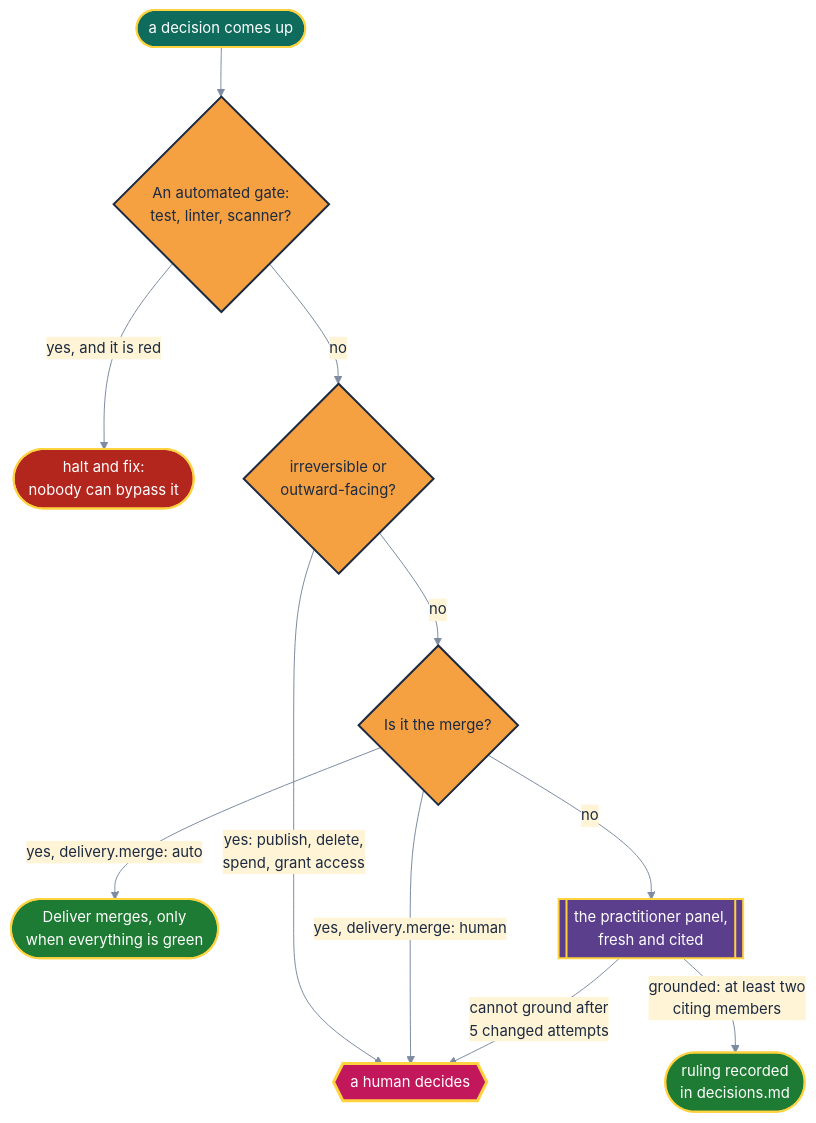
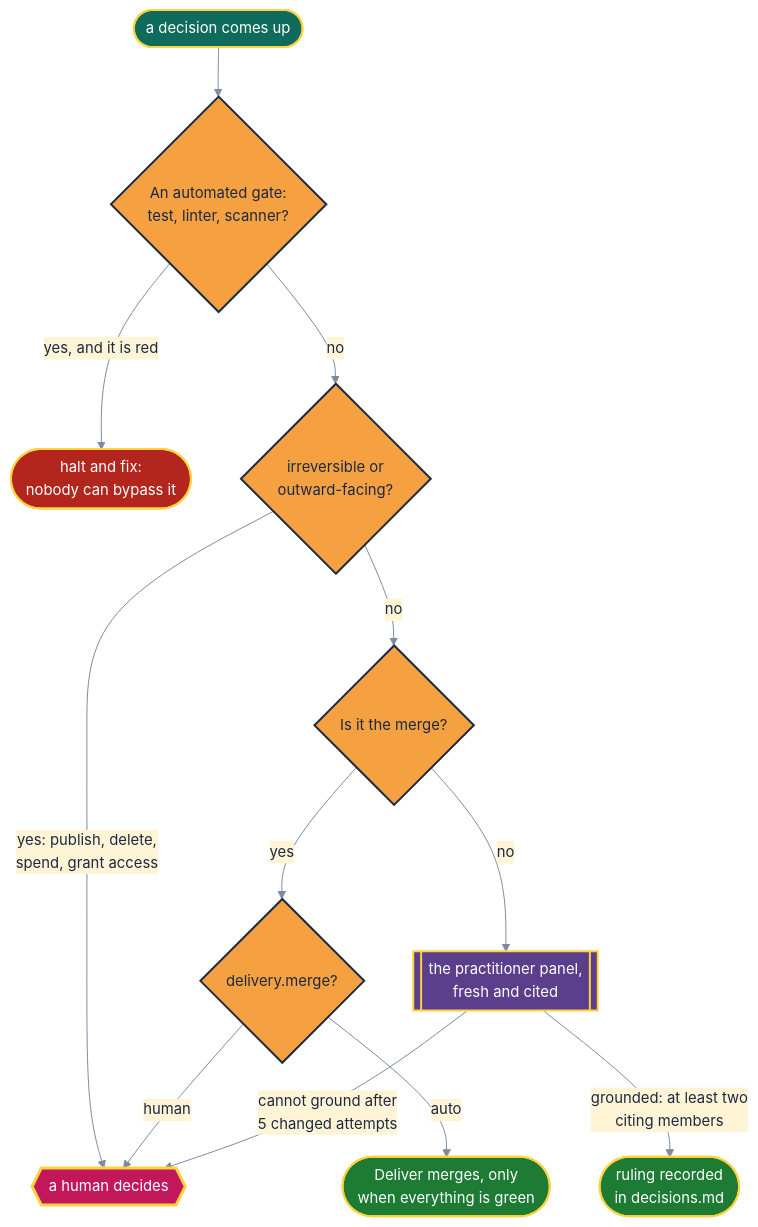
The fourth of 5 diagrams in docs/lifecycle.md (RubberDuckEngineering/ai-did-it), drawn with Mermaid before and after one commit. The commit also changed other lines of this file and 16 other files, not shown here.

````diff
--- a/docs/lifecycle.md
+++ b/docs/lifecycle.md
@@ -108,20 +109,21 @@
 ```mermaid
-%%{init: {"theme": "base", "themeVariables": {"fontSize": "15px", "primaryColor": "#FFF4D6", "primaryTextColor": "#1B2A41", "primaryBorderColor": "#1B2A41", "textColor": "#1B2A41", "lineColor": "#7C8BA1", "edgeLabelBackground": "#FFF4D6", "clusterBkg": "#1B2A41", "clusterBorder": "#FFD23F", "titleColor": "#FFD23F"}}}%%
+%%{init: {"theme": "base", "themeVariables": {"fontSize": "15px", "primaryColor": "#FFF4D6", "primaryTextColor": "#1B2A41", "primaryBorderColor": "#1B2A41", "textColor": "#1B2A41", "lineColor": "#7C8BA1", "edgeLabelBackground": "#FFF4D6", "clusterBkg": "#1B2A41", "clusterBorder": "#FFD23F", "titleColor": "#FFD23F"}, "flowchart": {"diagramPadding": 8}}}%%
 flowchart TB
     Q(["a decision comes up"]):::link --> AUTO{"An automated gate:<br/>test, linter, scanner?"}:::gate
     AUTO -->|"yes, and it is red"| HALT(["halt and fix:<br/>nobody can bypass it"]):::stop
     AUTO -->|"no"| IRR{"irreversible or<br/>outward-facing?"}:::gate
     IRR -->|"yes: publish, delete,<br/>spend, grant access"| HUM{{"a human decides"}}:::human
     IRR -->|"no"| MERGE{"Is it the merge?"}:::gate
-    MERGE -->|"yes, delivery.merge: human"| HUM
-    MERGE -->|"yes, delivery.merge: auto"| DEL(["Deliver merges, only<br/>when everything is green"]):::ok
+    MERGE -->|"yes"| CFG{"delivery.merge?"}:::gate
+    CFG -->|"human"| HUM
+    CFG -->|"auto"| DEL(["Deliver merges, only<br/>when everything is green"]):::ok
     MERGE -->|"no"| PANEL[["the practitioner panel,<br/>fresh and cited"]]:::panel
     PANEL -->|"grounded: at least two<br/>citing members"| RULE(["ruling recorded<br/>in decisions.md"]):::ok
     PANEL -->|"cannot ground after<br/>5 changed attempts"| HUM
     classDef link fill:#0F6B5C,color:#FFFFFF,stroke:#FFD23F,stroke-width:2px
     classDef gate fill:#F5A142,color:#1B2A41,stroke:#1B2A41,stroke-width:2px
     classDef human fill:#C2185B,color:#FFFFFF,stroke:#FFD23F,stroke-width:3px
     classDef panel fill:#5B3F8C,color:#FFFFFF,stroke:#FFD23F,stroke-width:2px
     classDef stop fill:#B3261E,color:#FFFFFF,stroke:#FFD23F,stroke-width:2px
     classDef ok fill:#1E7B34,color:#FFFFFF,stroke:#FFD23F,stroke-width:2px
 ```
````
